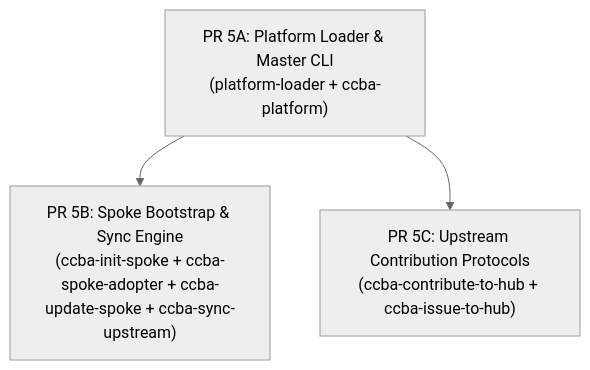
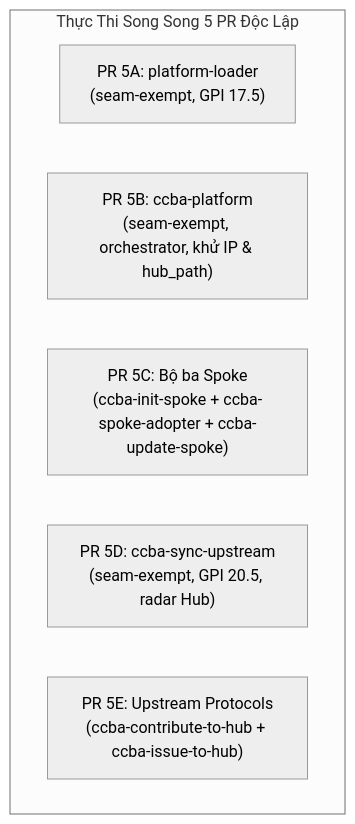
Before and after one commit to vvChu/ccba-agent-platform: the diagram in .md/peer_exchange/prompt_grok_discuss_wave5_spoke_hub_skills.md, drawn with Mermaid (neutral theme). The commit also changed other lines of this file, not shown here.

Commit message:
docs(peer): submit wave 5 pass 2 plan proposal for 8 spoke-hub skills

````diff
--- a/.md/peer_exchange/prompt_grok_discuss_wave5_spoke_hub_skills.md
+++ b/.md/peer_exchange/prompt_grok_discuss_wave5_spoke_hub_skills.md
@@ -63,9 +95,16 @@
 ```mermaid
 flowchart TD
-    PR5A["PR 5A: Platform Loader & Master CLI<br/>(platform-loader + ccba-platform)"]
-    PR5B["PR 5B: Spoke Bootstrap & Sync Engine<br/>(ccba-init-spoke + ccba-spoke-adopter + ccba-update-spoke + ccba-sync-upstream)"]
-    PR5C["PR 5C: Upstream Contribution Protocols<br/>(ccba-contribute-to-hub + ccba-issue-to-hub)"]
+    PR5A["PR 5A: platform-loader<br/>(seam-exempt, GPI 17.5)"]
+    PR5B["PR 5B: ccba-platform<br/>(seam-exempt, orchestrator, khử IP & hub_path)"]
+    PR5C["PR 5C: Bộ ba Spoke<br/>(ccba-init-spoke + ccba-spoke-adopter + ccba-update-spoke)"]
+    PR5D["PR 5D: ccba-sync-upstream<br/>(seam-exempt, GPI 20.5, radar Hub)"]
+    PR5E["PR 5E: Upstream Protocols<br/>(ccba-contribute-to-hub + ccba-issue-to-hub)"]
     
-    PR5A --> PR5B
-    PR5A --> PR5C
+    subgraph ParallelExecution ["Thực Thi Song Song 5 PR Độc Lập"]
+        PR5A
+        PR5B
+        PR5C
+        PR5D
+        PR5E
+    end
 ```
````
